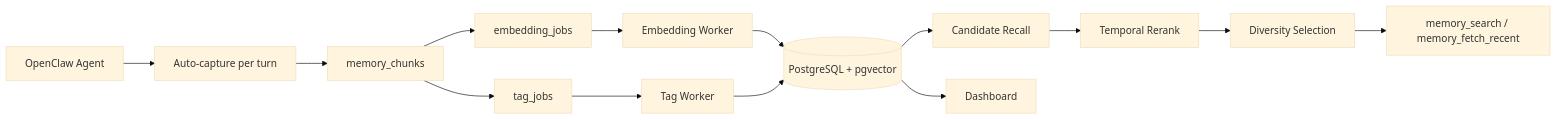
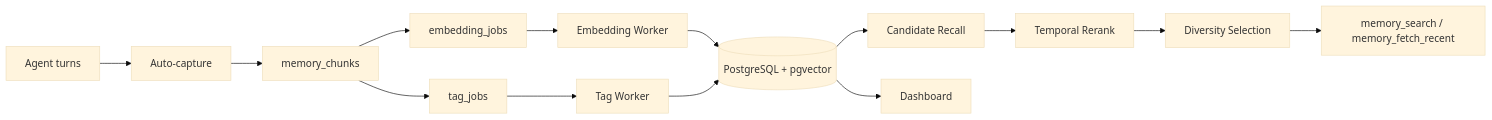
One commit to OpenSenseNova/MemSense changed the diagram in README.md. Above: the diagram before and after it, drawn with Mermaid (base theme). The commit also changed other lines of this file, not shown here.

````diff
--- a/README.md
+++ b/README.md
@@ -119,16 +84,16 @@
 ```mermaid
 flowchart LR
-    A[OpenClaw Agent] --> B[Auto-capture per turn]
+    A[Agent turns] --> B[Auto-capture]
     B --> C[memory_chunks]
     C --> D[embedding_jobs]
     C --> E[tag_jobs]
     D --> F[Embedding Worker]
     E --> G[Tag Worker]
     F --> H[(PostgreSQL + pgvector)]
     G --> H
     H --> I[Candidate Recall]
     I --> J[Temporal Rerank]
     J --> K[Diversity Selection]
     K --> L[memory_search / memory_fetch_recent]
     H --> M[Dashboard]
 ```
````
